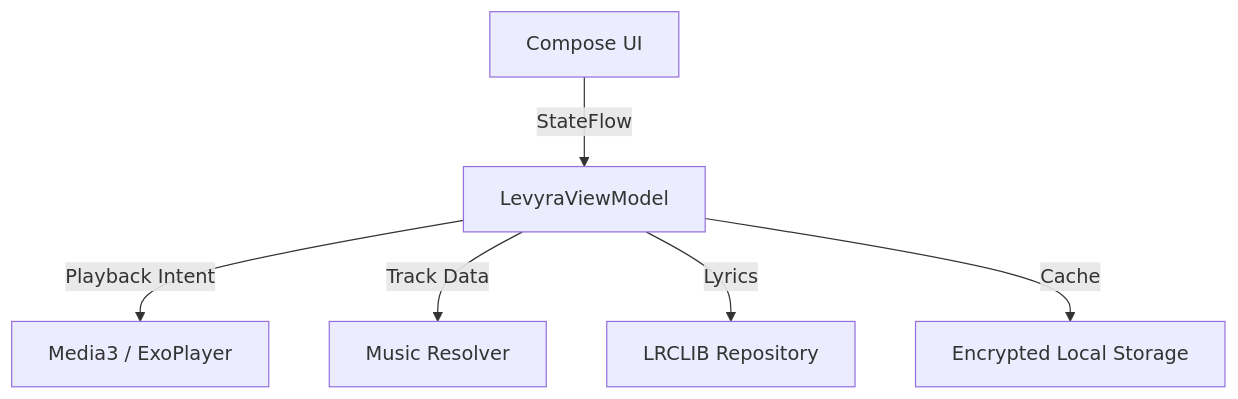
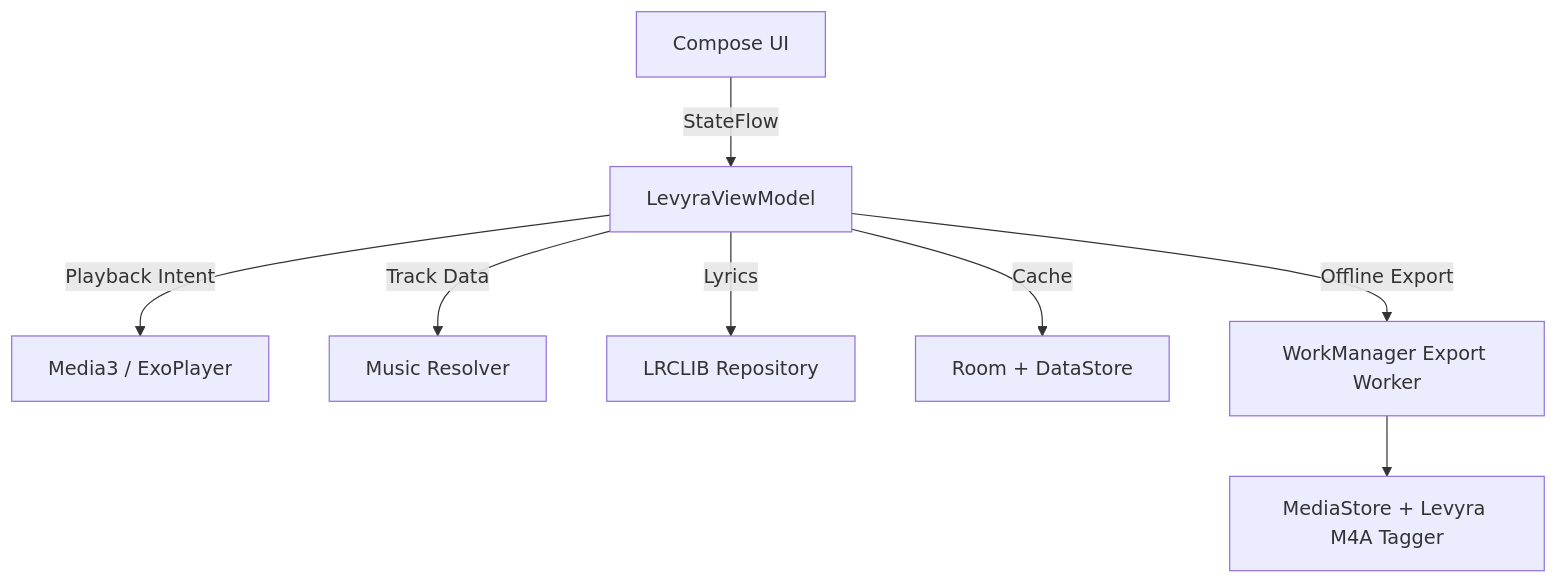
Before and after one commit to LUC4N3X/Levyra-deepsound: the diagram in README.md, drawn with Mermaid. The commit also changed other lines of this file and 23 other files, not shown here.

````diff
--- a/README.md
+++ b/README.md
@@ -75,8 +77,10 @@
 ```mermaid
 graph TD
     UI[Compose UI] -->|StateFlow| VM[LevyraViewModel]
     VM -->|Playback Intent| Player[Media3 / ExoPlayer]
     VM -->|Track Data| Resolver[Music Resolver]
     VM -->|Lyrics| Lyrics[LRCLIB Repository]
-    VM -->|Cache| Storage[Encrypted Local Storage]
+    VM -->|Cache| Storage[Room + DataStore]
+    VM -->|Offline Export| Worker[WorkManager Export Worker]
+    Worker --> Exporter[MediaStore + Levyra M4A Tagger]
 ```
````
